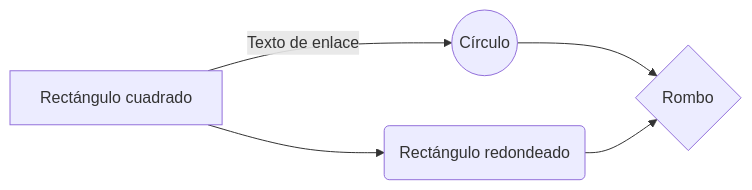
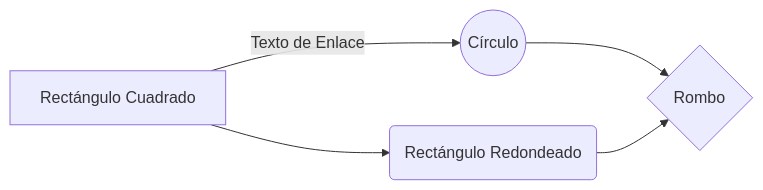
Before and after one commit to linyuxuanlin/Wiki_MkDocs: the second of 5 diagrams in docs/es/MkDocs测试实验室.md, drawn with Mermaid. The commit also changed other lines of this file and 31 other files, not shown here.

````diff
--- a/docs/es/MkDocs测试实验室.md
+++ b/docs/es/MkDocs测试实验室.md
@@ -16,7 +16,7 @@
 ```mermaid
 graph LR
-    A[Rectángulo cuadrado] -- Texto de enlace --> B((Círculo))
-    A --> C(Rectángulo redondeado)
+    A[Rectángulo Cuadrado] -- Texto de Enlace --> B((Círculo))
+    A --> C(Rectángulo Redondeado)
     B --> D{Rombo}
     C --> D
 ```
````
